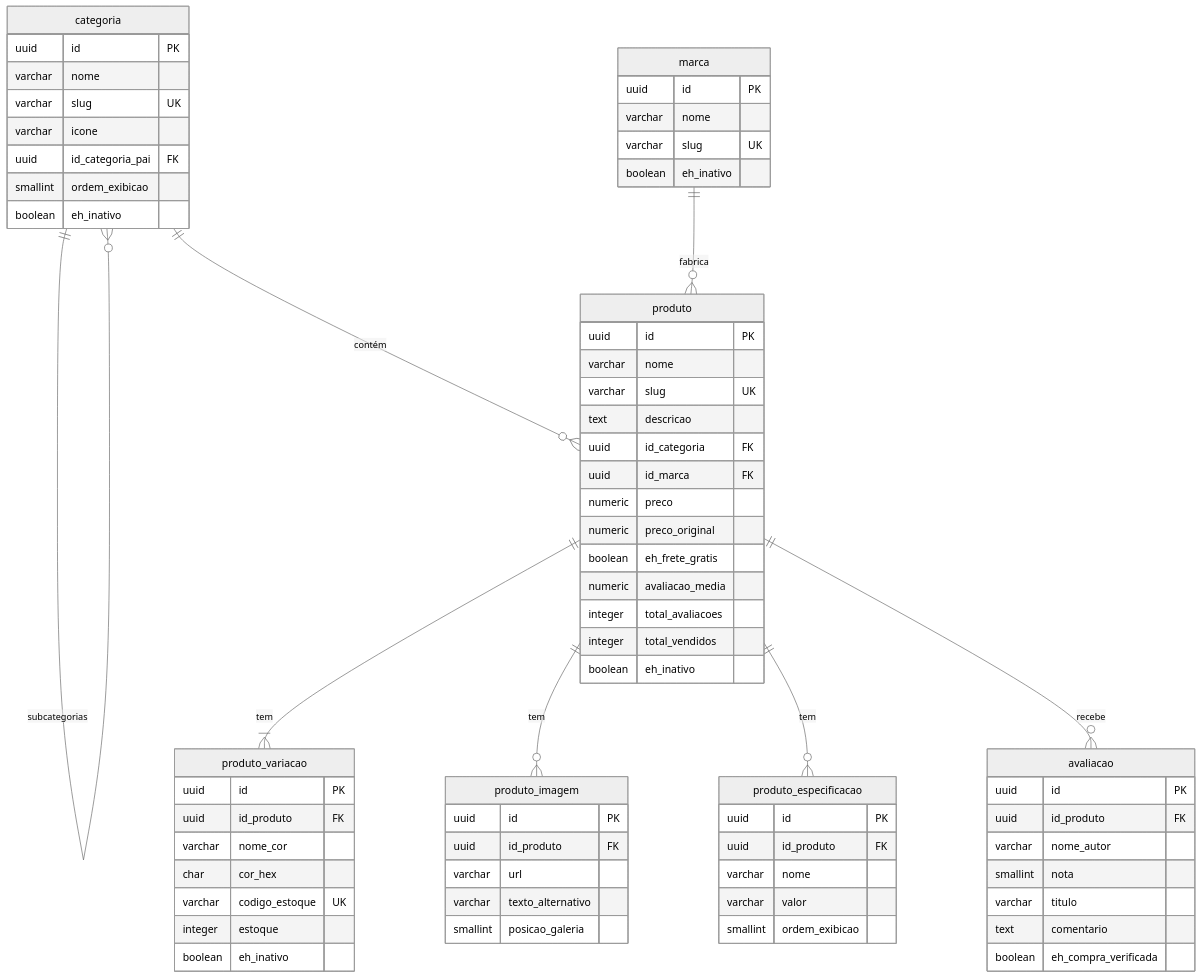
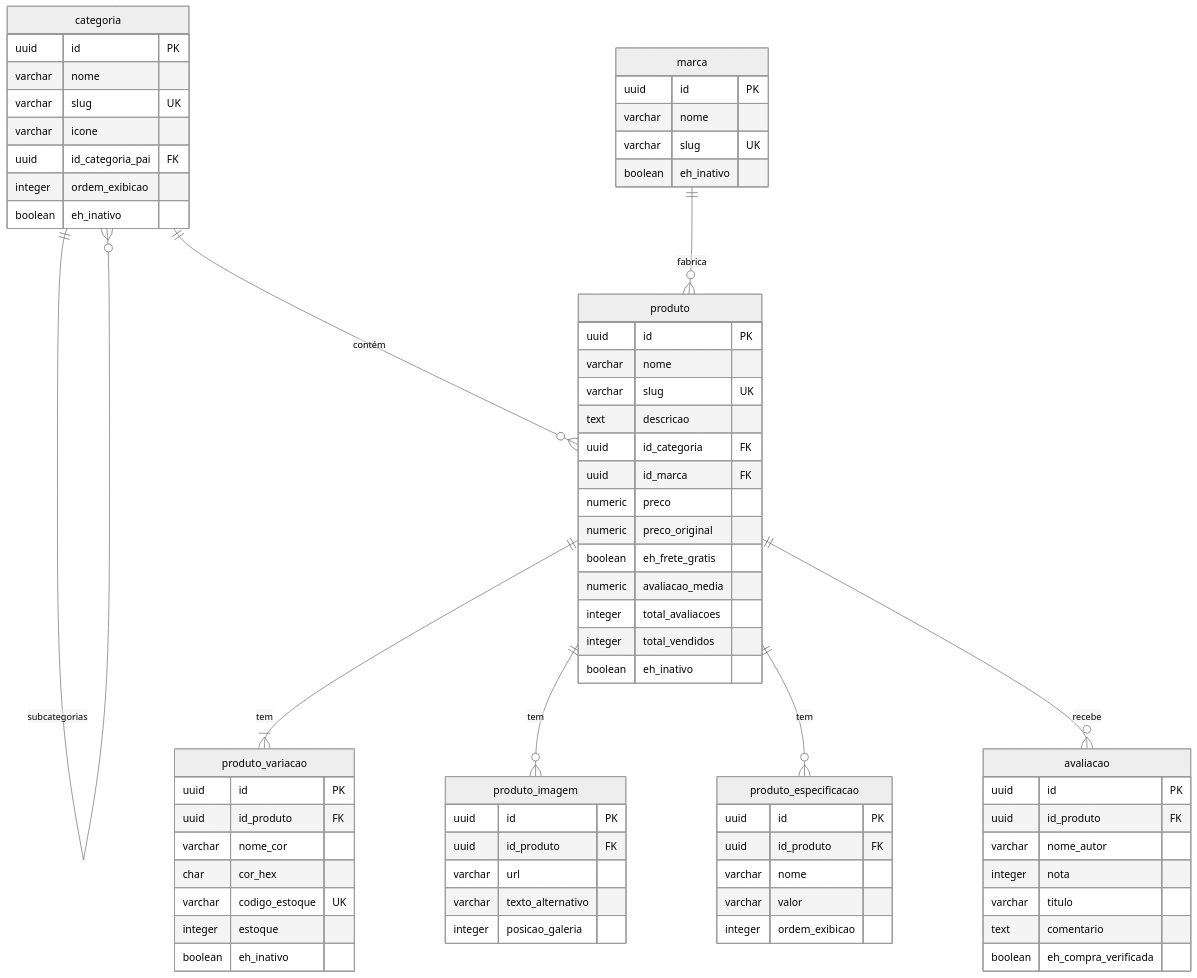
The diagram in docs/modelo-dados.md (caixetss/vitrine), drawn with Mermaid (neutral theme) before and after one commit. The commit also changed other lines of this file and 11 other files, not shown here.

````diff
--- a/docs/modelo-dados.md
+++ b/docs/modelo-dados.md
@@ -140,73 +140,73 @@
 ```mermaid
 erDiagram
     categoria ||--o{ categoria : "subcategorias"
     categoria ||--o{ produto : "contém"
     marca ||--o{ produto : "fabrica"
     produto ||--|{ produto_variacao : "tem"
     produto ||--o{ produto_imagem : "tem"
     produto ||--o{ produto_especificacao : "tem"
     produto ||--o{ avaliacao : "recebe"
 
     categoria {
         uuid id PK
         varchar nome
         varchar slug UK
         varchar icone
         uuid id_categoria_pai FK
-        smallint ordem_exibicao
+        integer ordem_exibicao
         boolean eh_inativo
     }
     marca {
         uuid id PK
         varchar nome
         varchar slug UK
         boolean eh_inativo
     }
     produto {
         uuid id PK
         varchar nome
         varchar slug UK
         text descricao
         uuid id_categoria FK
         uuid id_marca FK
         numeric preco
         numeric preco_original
         boolean eh_frete_gratis
         numeric avaliacao_media
         integer total_avaliacoes
         integer total_vendidos
         boolean eh_inativo
     }
     produto_variacao {
         uuid id PK
         uuid id_produto FK
         varchar nome_cor
         char cor_hex
         varchar codigo_estoque UK
         integer estoque
         boolean eh_inativo
     }
     produto_imagem {
         uuid id PK
         uuid id_produto FK
         varchar url
         varchar texto_alternativo
-        smallint posicao_galeria
+        integer posicao_galeria
     }
     produto_especificacao {
         uuid id PK
         uuid id_produto FK
         varchar nome
         varchar valor
-        smallint ordem_exibicao
+        integer ordem_exibicao
     }
     avaliacao {
         uuid id PK
         uuid id_produto FK
         varchar nome_autor
-        smallint nota
+        integer nota
         varchar titulo
         text comentario
         boolean eh_compra_verificada
     }
 ```
````
